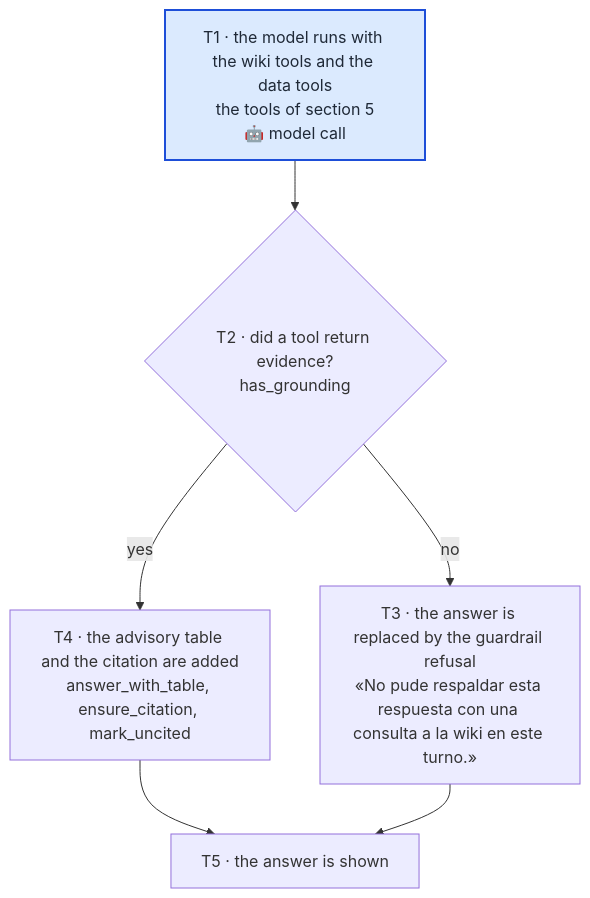
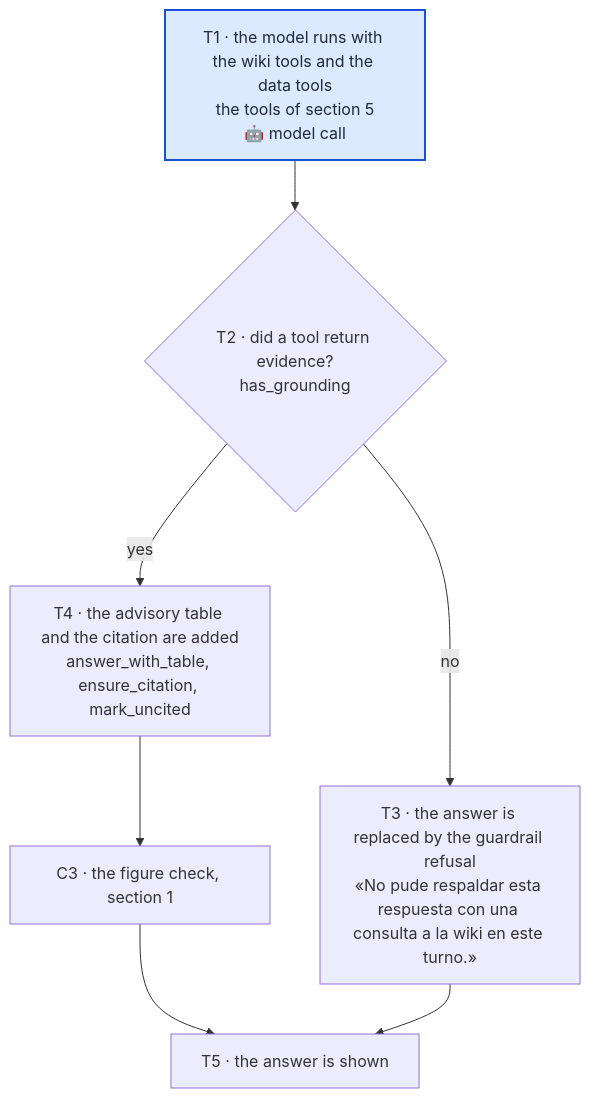
The third of 4 diagrams in docs/query_nodes.md (Clod/llmwiki-marimo), drawn with Mermaid before and after one commit. The commit also changed other lines of this file and 126 other files, not shown here.

First line of the commit message:
feat: figure check of chat answers, images of the sources (off by default) and OCR

````diff
--- a/docs/query_nodes.md
+++ b/docs/query_nodes.md
@@ -262,13 +265,14 @@
 ```mermaid
 flowchart TD
     T1["T1 · the model runs with the wiki tools and the data tools<br/>the tools of section 5<br/>🤖 model call"]
     T2{"T2 · did a tool return evidence?<br/>has_grounding"}
     T3["T3 · the answer is replaced by the guardrail refusal<br/>«No pude respaldar esta respuesta con una consulta a la wiki en este turno.»"]
     T4["T4 · the advisory table and the citation are added<br/>answer_with_table, ensure_citation, mark_uncited"]
+    TF["C3 · the figure check, section 1"]
     T5["T5 · the answer is shown"]
     T1 --> T2
-    T2 -->|yes| T4 --> T5
+    T2 -->|yes| T4 --> TF --> T5
     T2 -->|no| T3 --> T5
     classDef llm fill:#dbeafe,stroke:#1d4ed8,stroke-width:2px,color:#1f2937
     class T1 llm
 ```
````
